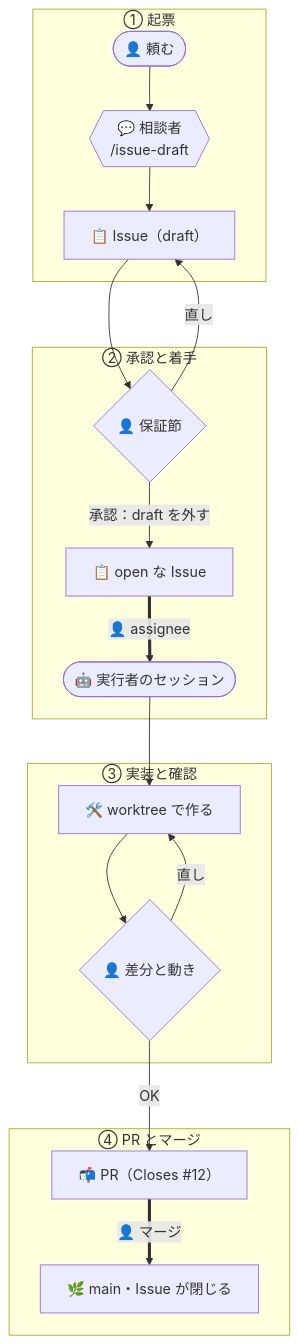
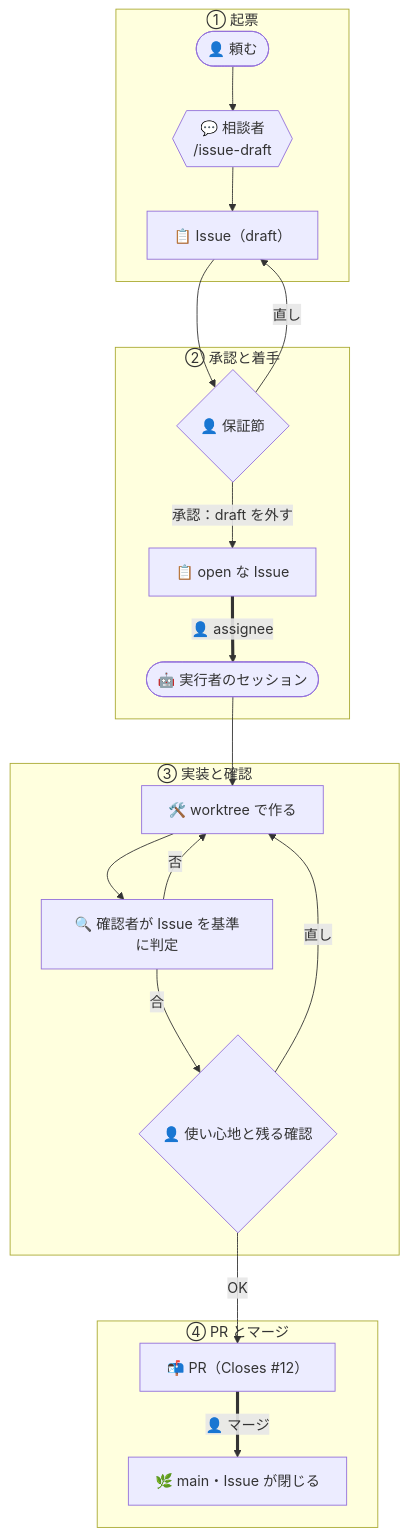
One commit to yktsnet/sdlc-kit changed the diagram in docs/flows/team.md. Above: the diagram before and after it, drawn with Mermaid. The commit also changed other lines of this file and 16 other files, not shown here.

````diff
--- a/docs/flows/team.md
+++ b/docs/flows/team.md
@@ -23,22 +23,24 @@
 ```mermaid
 flowchart TD
     subgraph p1 ["① 起票"]
         R(["👤 頼む"]) --> C{{"💬 相談者<br/>/issue-draft"}}
         C --> I["📋 Issue（draft）"]
     end
     subgraph p2 ["② 承認と着手"]
         I --> A{"👤 保証節"}
         A -->|直し| I
         A -->|"承認：draft を外す"| O[📋 open な Issue]
         O ==>|"👤 assignee"| E(["🤖 実行者のセッション"])
     end
     subgraph p3 ["③ 実装と確認"]
         E --> W[🛠️ worktree で作る]
-        W --> V{"👤 差分と動き"}
+        W --> Q[🔍 確認者が Issue を基準に判定]
+        Q -->|否| W
+        Q -->|合| V{"👤 使い心地と残る確認"}
         V -->|直し| W
     end
     subgraph p4 ["④ PR とマージ"]
         V -->|OK| P["📬 PR（Closes #12）"]
         P ==>|"👤 マージ"| M[🌿 main・Issue が閉じる]
     end
 ```
````
